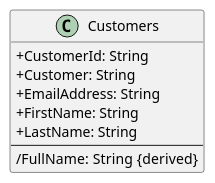
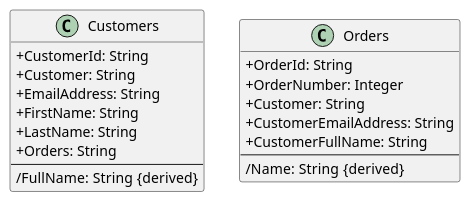
One commit to eejai42/is-everything-really-a-language changed the diagram in execution-substratrates/uml/class-diagram.puml. Above: the diagram before and after it, drawn with PlantUML. The commit also changed 75 other files, not shown here.

```diff
--- a/execution-substratrates/uml/class-diagram.puml
+++ b/execution-substratrates/uml/class-diagram.puml
@@ -1,14 +1,25 @@
 @startuml
 skinparam classAttributeIconSize 0
 
 class Customers {
   +CustomerId: String
   +Customer: String
   +EmailAddress: String
   +FirstName: String
   +LastName: String
+  +Orders: String
   --
   /FullName: String  {derived}
 }
 
+class Orders {
+  +OrderId: String
+  +OrderNumber: Integer
+  +Customer: String
+  +CustomerEmailAddress: String
+  +CustomerFullName: String
+  --
+  /Name: String  {derived}
+}
+
 @enduml
```
